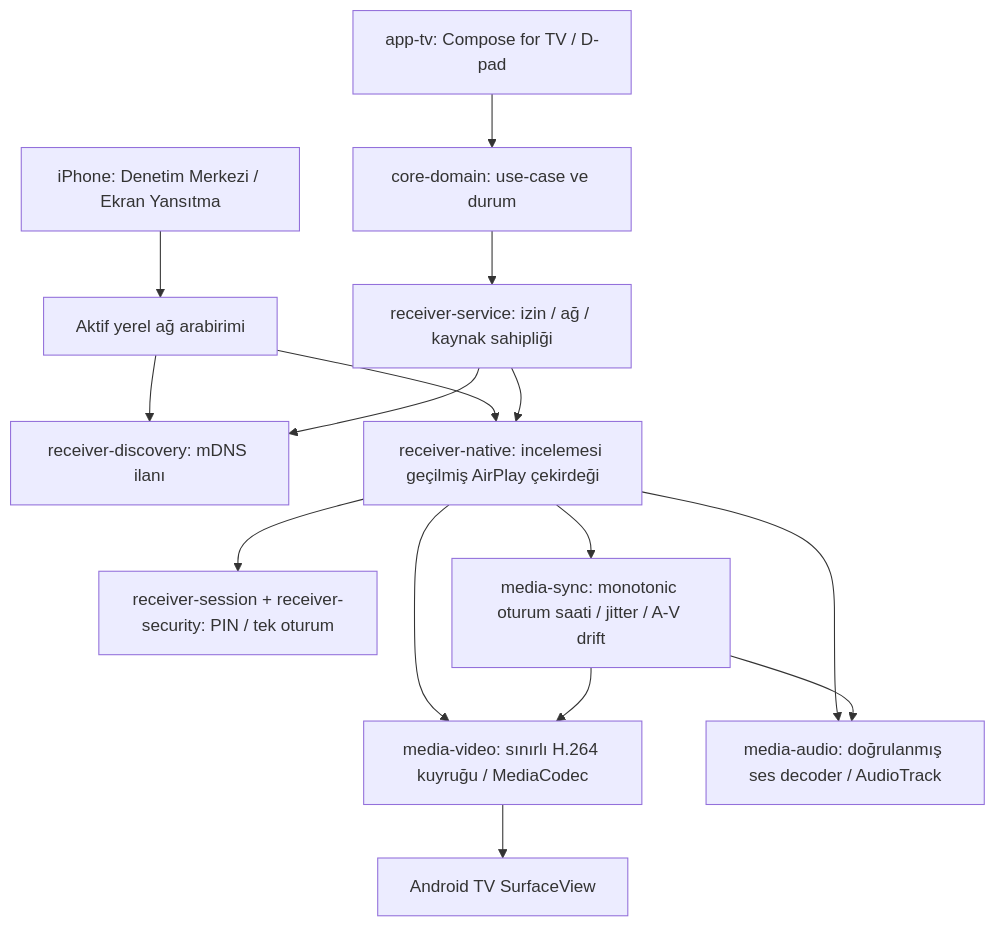
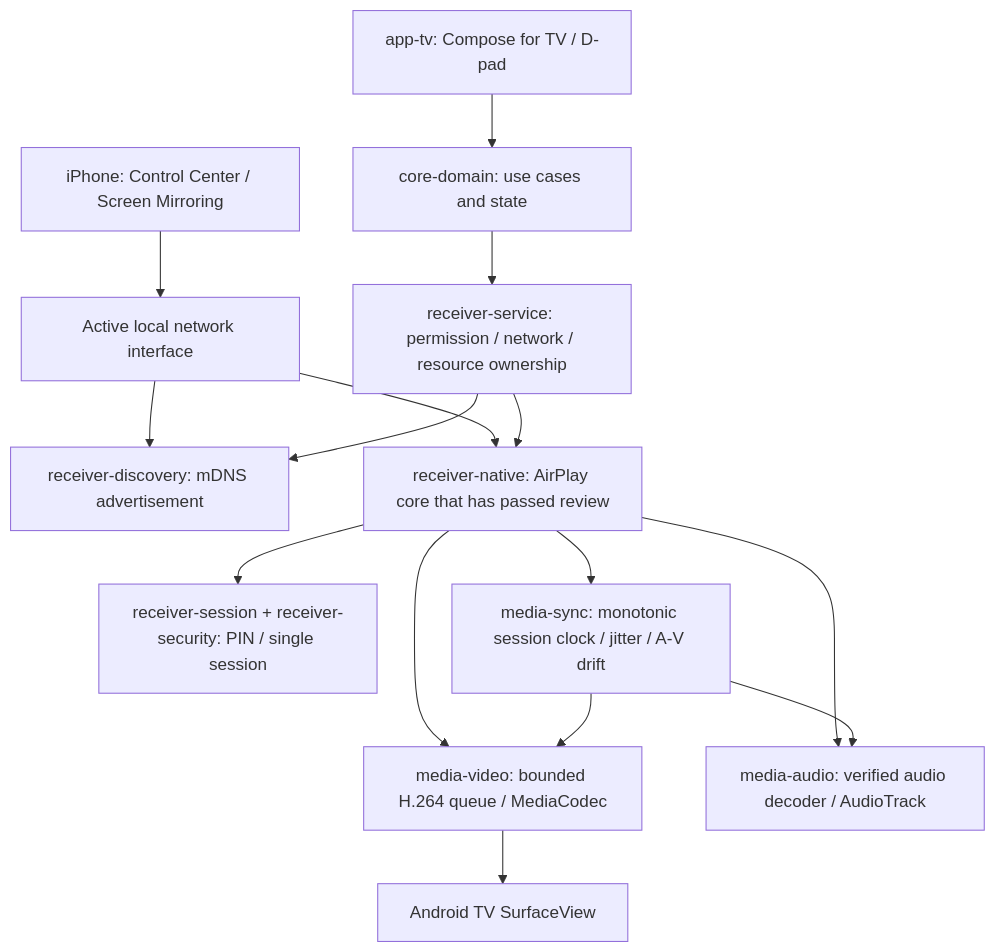
Before and after one commit to enes32-hub/AirRelay: the diagram in docs/ARCHITECTURE.md, drawn with Mermaid. The commit also changed other lines of this file and 91 other files, not shown here.

````diff
--- a/docs/ARCHITECTURE.md
+++ b/docs/ARCHITECTURE.md
@@ -7,17 +7,17 @@
 ```mermaid
 flowchart TB
-  I[iPhone: Denetim Merkezi / Ekran Yansıtma] --> N[Aktif yerel ağ arabirimi]
-  N --> D[receiver-discovery: mDNS ilanı]
-  N --> C[receiver-native: incelemesi geçilmiş AirPlay çekirdeği]
-  C --> S[receiver-session + receiver-security: PIN / tek oturum]
-  C --> V[media-video: sınırlı H.264 kuyruğu / MediaCodec]
+  I[iPhone: Control Center / Screen Mirroring] --> N[Active local network interface]
+  N --> D[receiver-discovery: mDNS advertisement]
+  N --> C[receiver-native: AirPlay core that has passed review]
+  C --> S[receiver-session + receiver-security: PIN / single session]
+  C --> V[media-video: bounded H.264 queue / MediaCodec]
   V --> SV[Android TV SurfaceView]
-  C --> A[media-audio: doğrulanmış ses decoder / AudioTrack]
-  C --> T[media-sync: monotonic oturum saati / jitter / A-V drift]
+  C --> A[media-audio: verified audio decoder / AudioTrack]
+  C --> T[media-sync: monotonic session clock / jitter / A-V drift]
   T --> V
   T --> A
-  U[app-tv: Compose for TV / D-pad] --> UC[core-domain: use-case ve durum]
-  UC --> R[receiver-service: izin / ağ / kaynak sahipliği]
+  U[app-tv: Compose for TV / D-pad] --> UC[core-domain: use cases and state]
+  UC --> R[receiver-service: permission / network / resource ownership]
   R --> D
   R --> C
 ```
````
